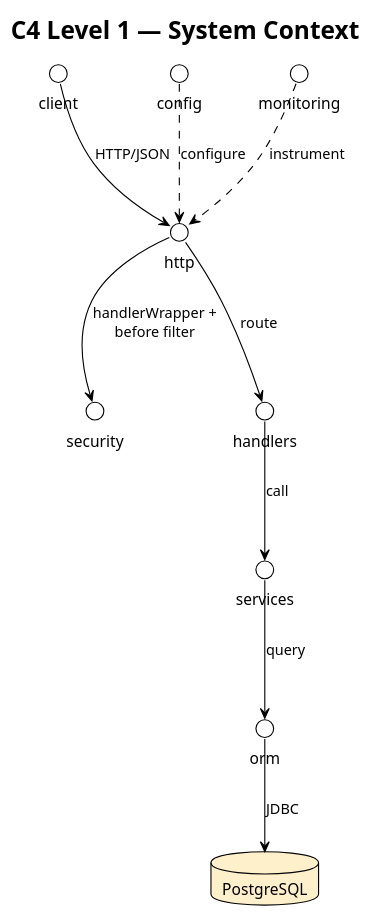
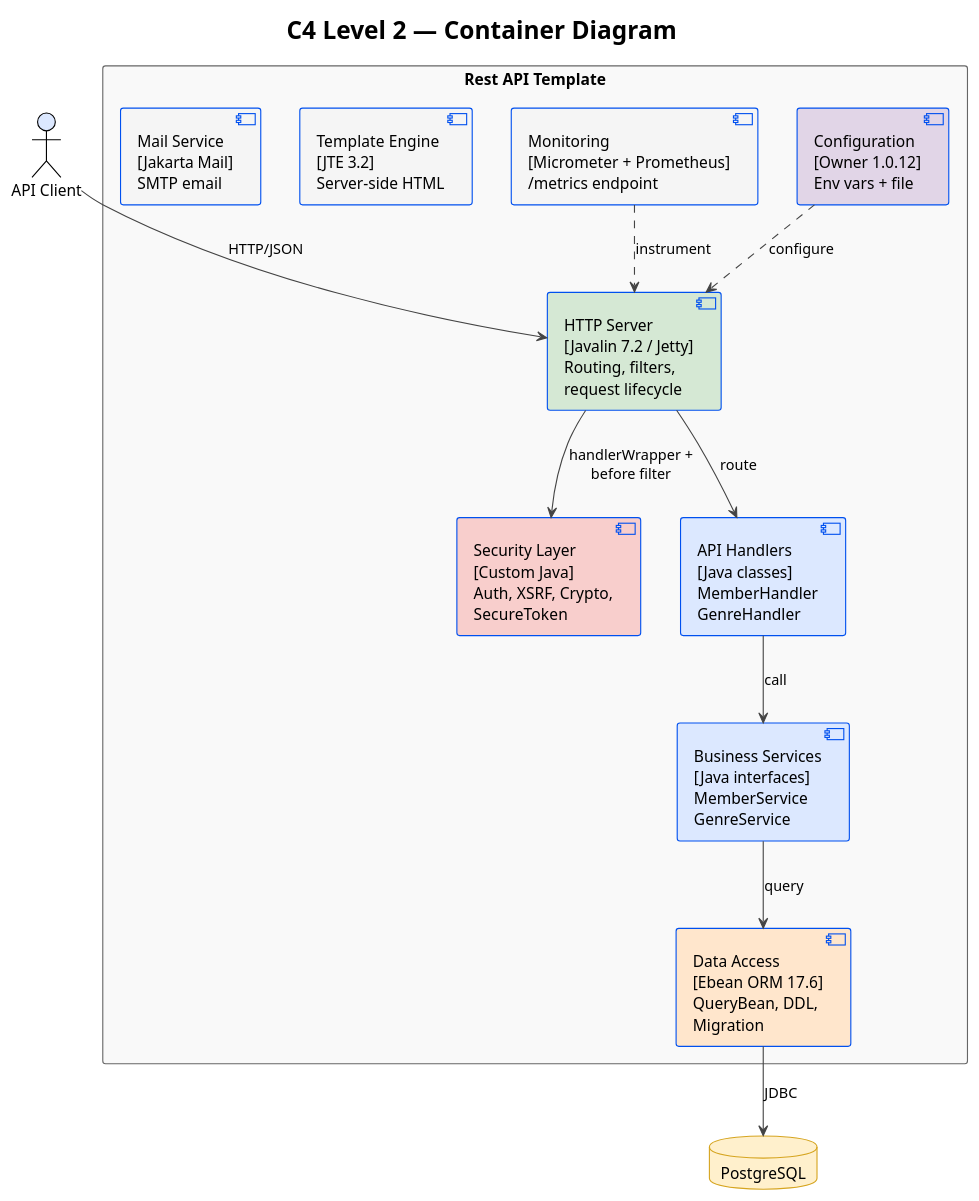
Before and after one commit to batzorigt/rest-api-template: the second of 8 diagrams in docs/architecture.md, drawn with PlantUML. The commit also changed other lines of this file and 1 other file, not shown here.

````diff
--- a/docs/architecture.md
+++ b/docs/architecture.md
@@ -30,19 +81,56 @@
 ```plantuml
-@startuml C4_Context
+@startuml C4_Container
 !theme plain
-title C4 Level 1 — System Context
+title C4 Level 2 — Container Diagram
 
+skinparam rectangle {
+  BorderColor #666666
+  BackgroundColor #f9f9f9
+}
+skinparam component {
+  BorderColor #0050ef
+  BackgroundColor #dce8ff
+}
+skinparam database {
+  BorderColor #d6a520
+  BackgroundColor #fff0cc
+}
+skinparam ArrowColor #444444
+
+actor "API Client" as client #dce8ff
+
+rectangle "Rest API Template" as boundary {
+
+  component "HTTP Server\n[Javalin 7.2 / Jetty]\nRouting, filters,\nrequest lifecycle" as http #d5e8d4
+
+  component "Security Layer\n[Custom Java]\nAuth, XSRF, Crypto,\nSecureToken" as security #f8cecc
+
+  component "API Handlers\n[Java classes]\nMemberHandler\nGenreHandler" as handlers #dce8ff
+
+  component "Business Services\n[Java interfaces]\nMemberService\nGenreService" as services #dce8ff
+
+  component "Data Access\n[Ebean ORM 17.6]\nQueryBean, DDL,\nMigration" as orm #ffe6cc
+
+  component "Configuration\n[Owner 1.0.12]\nEnv vars + file" as config #e1d5e7
+
+  component "Monitoring\n[Micrometer + Prometheus]\n/metrics endpoint" as monitoring #f5f5f5
+
+  component "Template Engine\n[JTE 3.2]\nServer-side HTML" as jte #f5f5f5
+
+  component "Mail Service\n[Jakarta Mail]\nSMTP email" as mail #f5f5f5
+
+}
 
 database "PostgreSQL" as db #fff0cc
 
 client --> http : "HTTP/JSON"
 http --> security : "handlerWrapper +\nbefore filter"
 http --> handlers : "route"
 handlers --> services : "call"
 services --> orm : "query"
 orm --> db : "JDBC"
 config ..> http : "configure"
 monitoring ..> http : "instrument"
 
 @enduml
 ```
````
